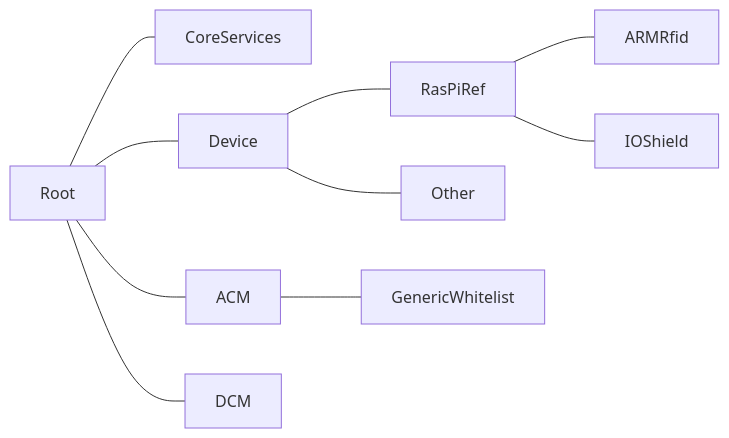
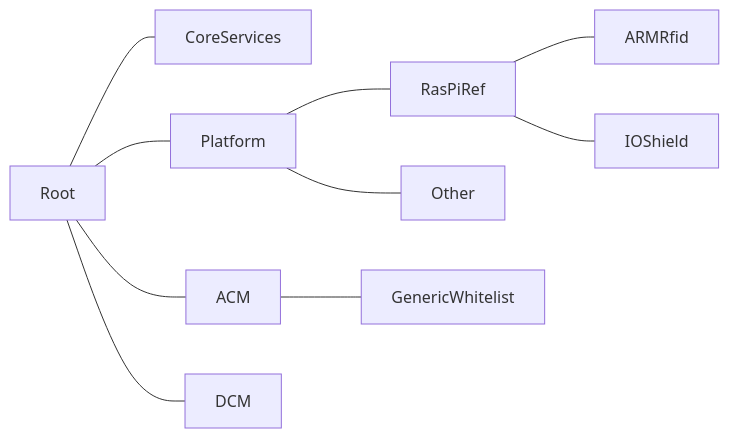
Before and after one commit to rincewound/opendcu: the second of 3 diagrams in Readme.md, drawn with Mermaid. The commit also changed other lines of this file and 5 other files, not shown here.

````diff
--- a/Readme.md
+++ b/Readme.md
@@ -106,12 +109,12 @@
 ```mermaid
 graph LR
     Root---CoreServices
-    Root---Device
-    Device---RasPiRef
-    Device---Other
+    Root---Platform
+    Platform---RasPiRef
+    Platform---Other
     Root---ACM
     ACM---GenericWhitelist
     Root---DCM
     RasPiRef---ARMRfid
     RasPiRef---IOShield
 ```
````
